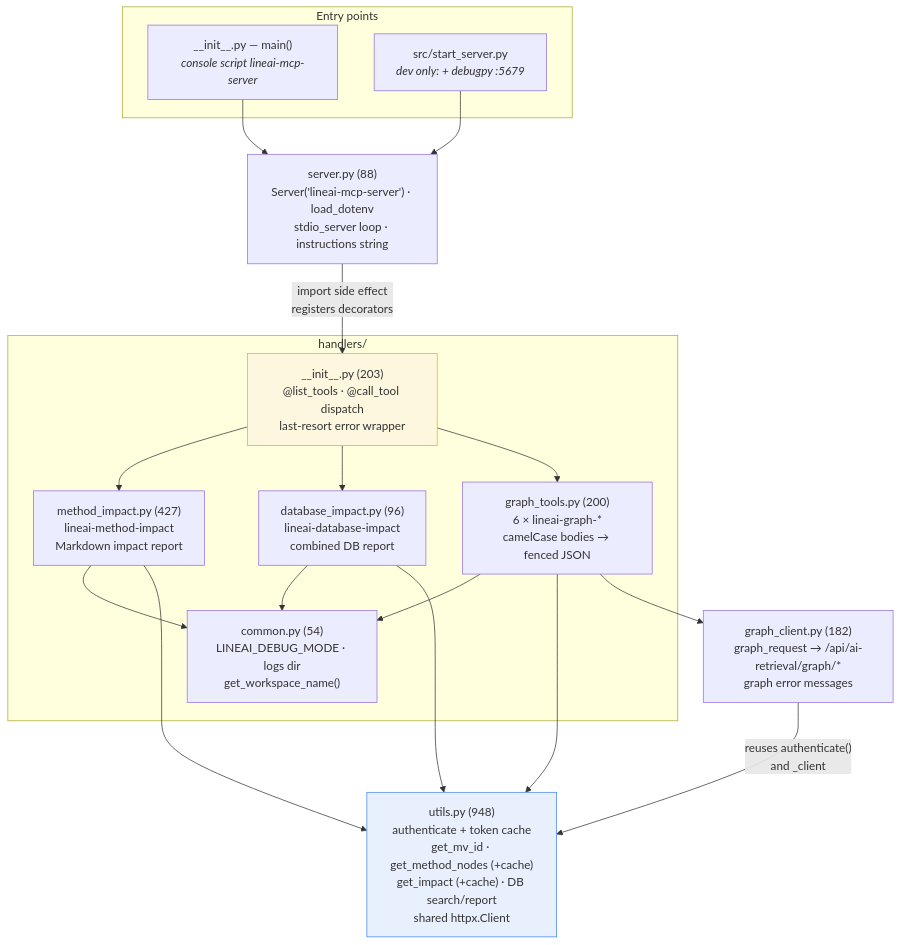
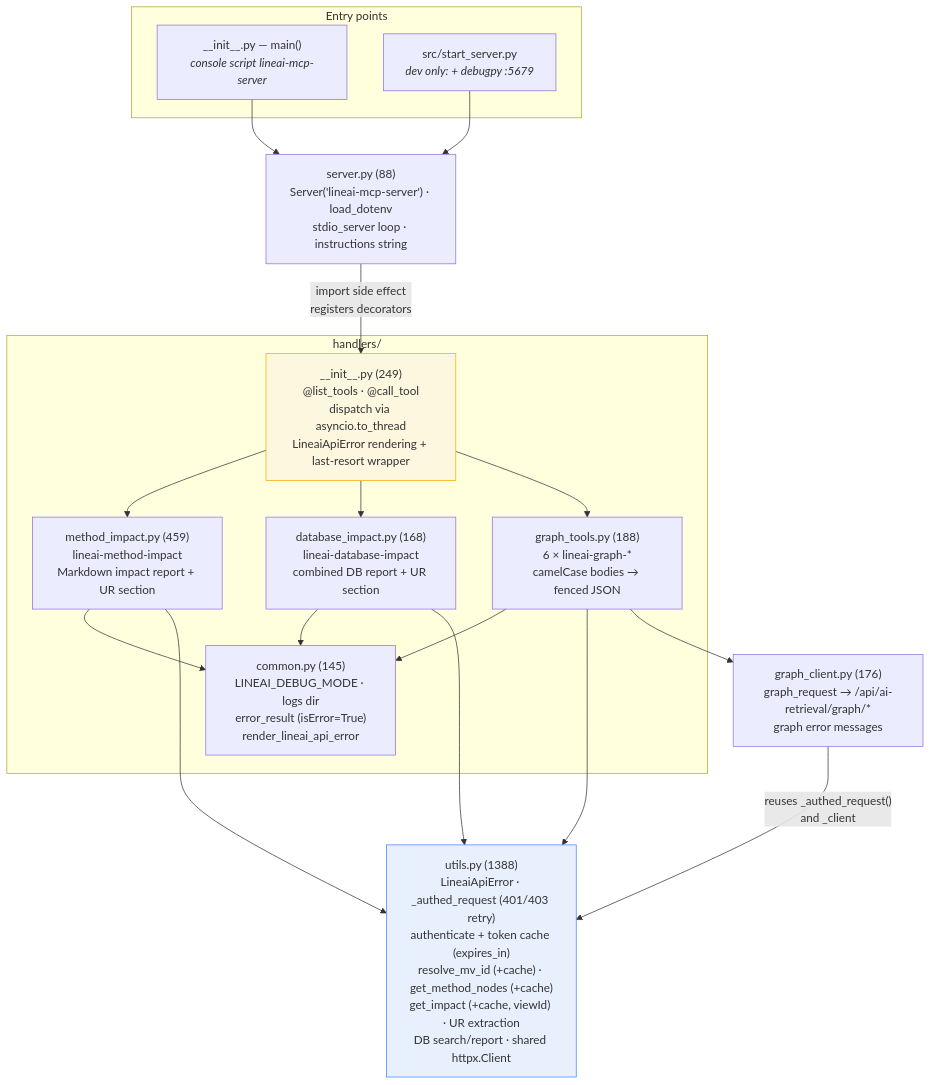
The second of 5 diagrams in docs/architecture-diagrams.md (lineai-intelligence/lineai-mcp-server), drawn with Mermaid before and after one commit. The commit also changed other lines of this file and 3 other files, not shown here.

First line of the commit message:
LIN-699 docs: align architecture docs and README with the merged code

````diff
--- a/docs/architecture-diagrams.md
+++ b/docs/architecture-diagrams.md
@@ -51,38 +54,38 @@
 ```mermaid
 flowchart TD
     subgraph ENTRY["Entry points"]
         PKG["__init__.py — main()<br/><i>console script lineai-mcp-server</i>"]
         DBG["src/start_server.py<br/><i>dev only: + debugpy :5679</i>"]
     end
 
     SRV["server.py (88)<br/>Server('lineai-mcp-server') · load_dotenv<br/>stdio_server loop · instructions string"]
 
     subgraph HANDLERS["handlers/"]
-        HINIT["__init__.py (203)<br/>@list_tools · @call_tool dispatch<br/>last-resort error wrapper"]
-        HMI["method_impact.py (427)<br/>lineai-method-impact<br/>Markdown impact report"]
-        HDI["database_impact.py (96)<br/>lineai-database-impact<br/>combined DB report"]
-        HGT["graph_tools.py (200)<br/>6 × lineai-graph-*<br/>camelCase bodies → fenced JSON"]
-        HCOM["common.py (54)<br/>LINEAI_DEBUG_MODE · logs dir<br/>get_workspace_name()"]
+        HINIT["__init__.py (249)<br/>@list_tools · @call_tool<br/>dispatch via asyncio.to_thread<br/>LineaiApiError rendering + last-resort wrapper"]
+        HMI["method_impact.py (459)<br/>lineai-method-impact<br/>Markdown impact report + UR section"]
+        HDI["database_impact.py (168)<br/>lineai-database-impact<br/>combined DB report + UR section"]
+        HGT["graph_tools.py (188)<br/>6 × lineai-graph-*<br/>camelCase bodies → fenced JSON"]
+        HCOM["common.py (145)<br/>LINEAI_DEBUG_MODE · logs dir<br/>error_result (isError=True)<br/>render_lineai_api_error"]
     end
 
-    UTILS["utils.py (948)<br/>authenticate + token cache<br/>get_mv_id · get_method_nodes (+cache)<br/>get_impact (+cache) · DB search/report<br/>shared httpx.Client"]
-    GC["graph_client.py (182)<br/>graph_request → /api/ai-retrieval/graph/*<br/>graph error messages"]
+    UTILS["utils.py (1388)<br/>LineaiApiError · _authed_request (401/403 retry)<br/>authenticate + token cache (expires_in)<br/>resolve_mv_id (+cache) · get_method_nodes (+cache)<br/>get_impact (+cache, viewId) · UR extraction<br/>DB search/report · shared httpx.Client"]
+    GC["graph_client.py (176)<br/>graph_request → /api/ai-retrieval/graph/*<br/>graph error messages"]
 
     PKG --> SRV
     DBG --> SRV
     SRV -- "import side effect<br/>registers decorators" --> HINIT
     HINIT --> HMI
     HINIT --> HDI
     HINIT --> HGT
     HMI --> HCOM
     HDI --> HCOM
     HGT --> HCOM
     HMI --> UTILS
     HDI --> UTILS
     HGT --> UTILS
     HGT --> GC
-    GC -- "reuses authenticate()<br/>and _client" --> UTILS
+    GC -- "reuses _authed_request()<br/>and _client" --> UTILS
 
     style UTILS fill:#e8f0fe,stroke:#4285f4
     style HINIT fill:#fef7e0,stroke:#f9ab00
 ```
````
